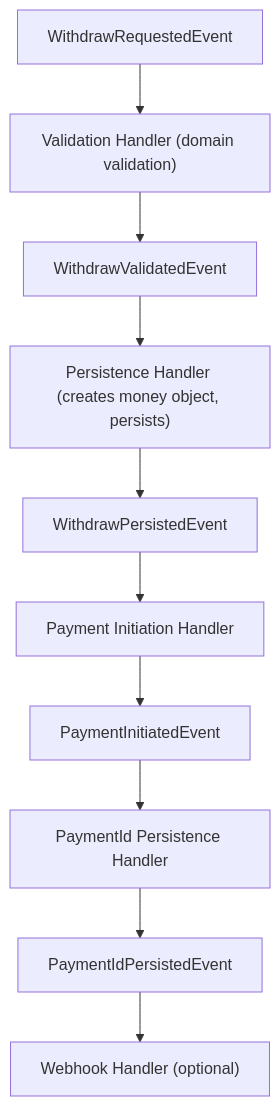
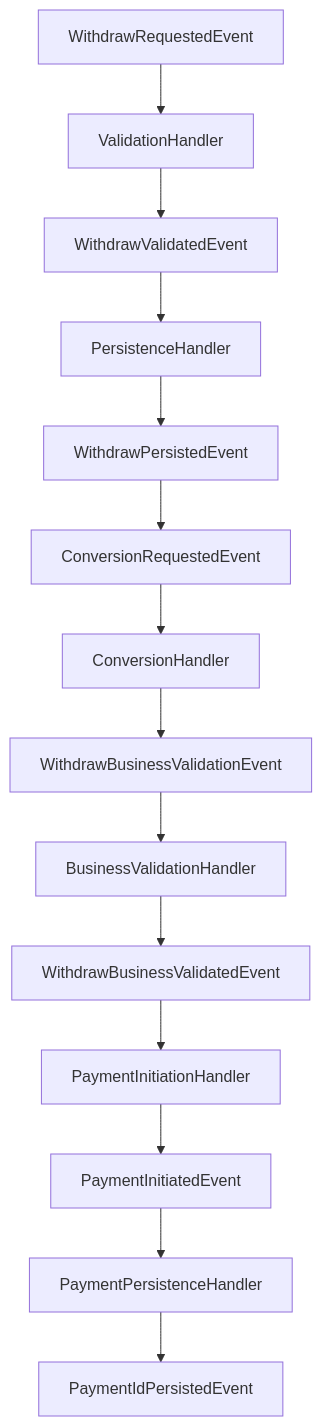
One commit to amirasaad/fintech changed the second of 2 diagrams in docs/refactoring/event-driven-withdraw-flow.md. Above: the diagram before and after it, drawn with Mermaid. The commit also changed other lines of this file and 6 other files, not shown here.

First line of the commit message:
docs(workflow): 📚 Update architecture and event-driven docs for deposits and withdrawals

````diff
--- a/docs/refactoring/event-driven-withdraw-flow.md
+++ b/docs/refactoring/event-driven-withdraw-flow.md
@@ -58,12 +57,16 @@
 ```mermaid
 flowchart TD
-    A["WithdrawRequestedEvent"] --> B["Validation Handler (domain validation)"]
-    B --> C["WithdrawValidatedEvent"]
-    C --> D["Persistence Handler (creates money object, persists)"]
-    D --> E["WithdrawPersistedEvent"]
-    E --> F["Payment Initiation Handler"]
-    F --> G["PaymentInitiatedEvent"]
-    G --> H["PaymentId Persistence Handler"]
-    H --> I["PaymentIdPersistedEvent"]
-    I --> J["Webhook Handler (optional)"]
+    A[WithdrawRequestedEvent] --> B[ValidationHandler]
+    B --> C[WithdrawValidatedEvent]
+    C --> D[PersistenceHandler]
+    D --> E[WithdrawPersistedEvent]
+    E --> F[ConversionRequestedEvent]
+    F --> G[ConversionHandler]
+    G --> H[WithdrawBusinessValidationEvent]
+    H --> I[BusinessValidationHandler]
+    I --> J[WithdrawBusinessValidatedEvent]
+    J --> K[PaymentInitiationHandler]
+    K --> L[PaymentInitiatedEvent]
+    L --> M[PaymentPersistenceHandler]
+    M --> N[PaymentIdPersistedEvent]
 ```
````
